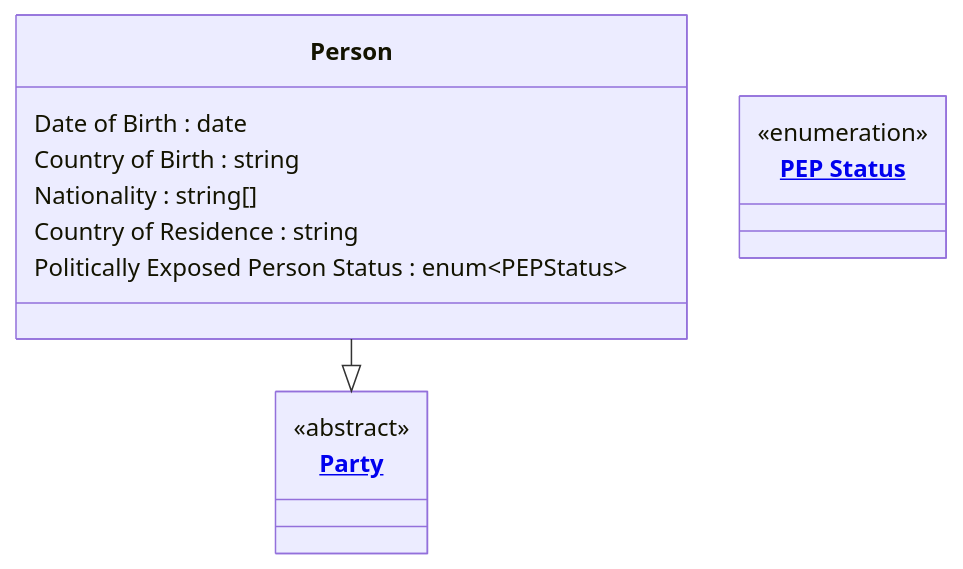
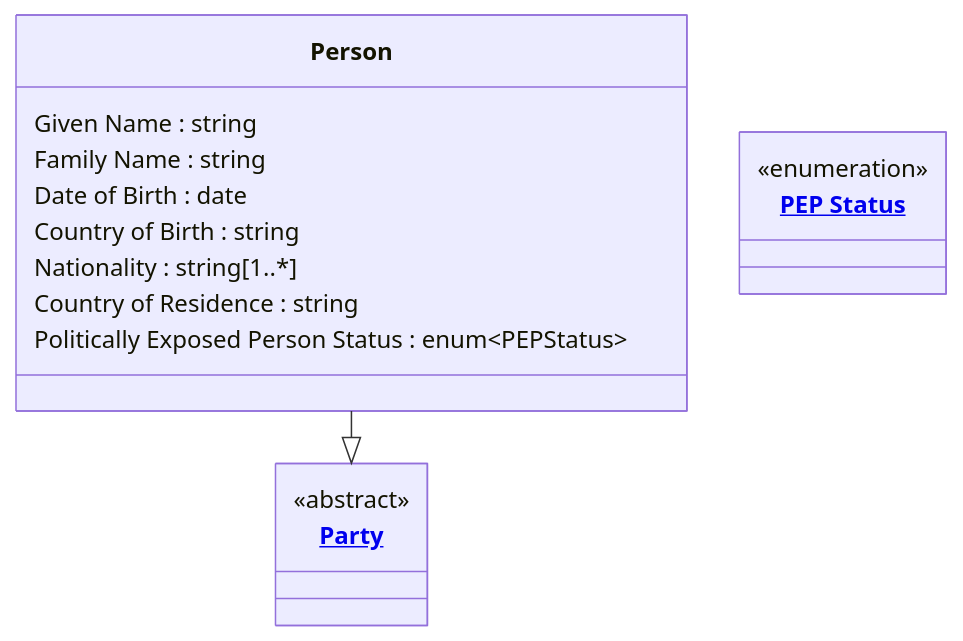
The diagram in examples/Financial Crime/entities/person.md (Semprini/md-ddl), drawn with Mermaid before and after one commit. The commit also changed other lines of this file and 40 other files, not shown here.

````diff
--- a/examples/Financial Crime/entities/person.md
+++ b/examples/Financial Crime/entities/person.md
@@ -11,24 +11,26 @@
 ```mermaid
 ---
 config:
   layout: elk
 ---
 classDiagram
   class Party{
     <<abstract>>
   }
 
   class Person{
+    Given Name : string
+    Family Name : string
     Date of Birth : date
     Country of Birth : string
-    Nationality : string[]
+    Nationality : string[1..*]
     Country of Residence : string
     Politically Exposed Person Status : enum~PEPStatus~
   }
 
   Person --|> Party
 
   class PEPStatus["<a href='https://github.com/Semprini/md-ddl/blob/main/examples/Financial%20Crime/enums.md#pep-status'>PEP Status</a>"]{<<enumeration>>}
   
   class Party["<a href='https://github.com/Semprini/md-ddl/blob/main/examples/Financial%20Crime/entities/party.md'>Party</a>"]  
 ```
````
